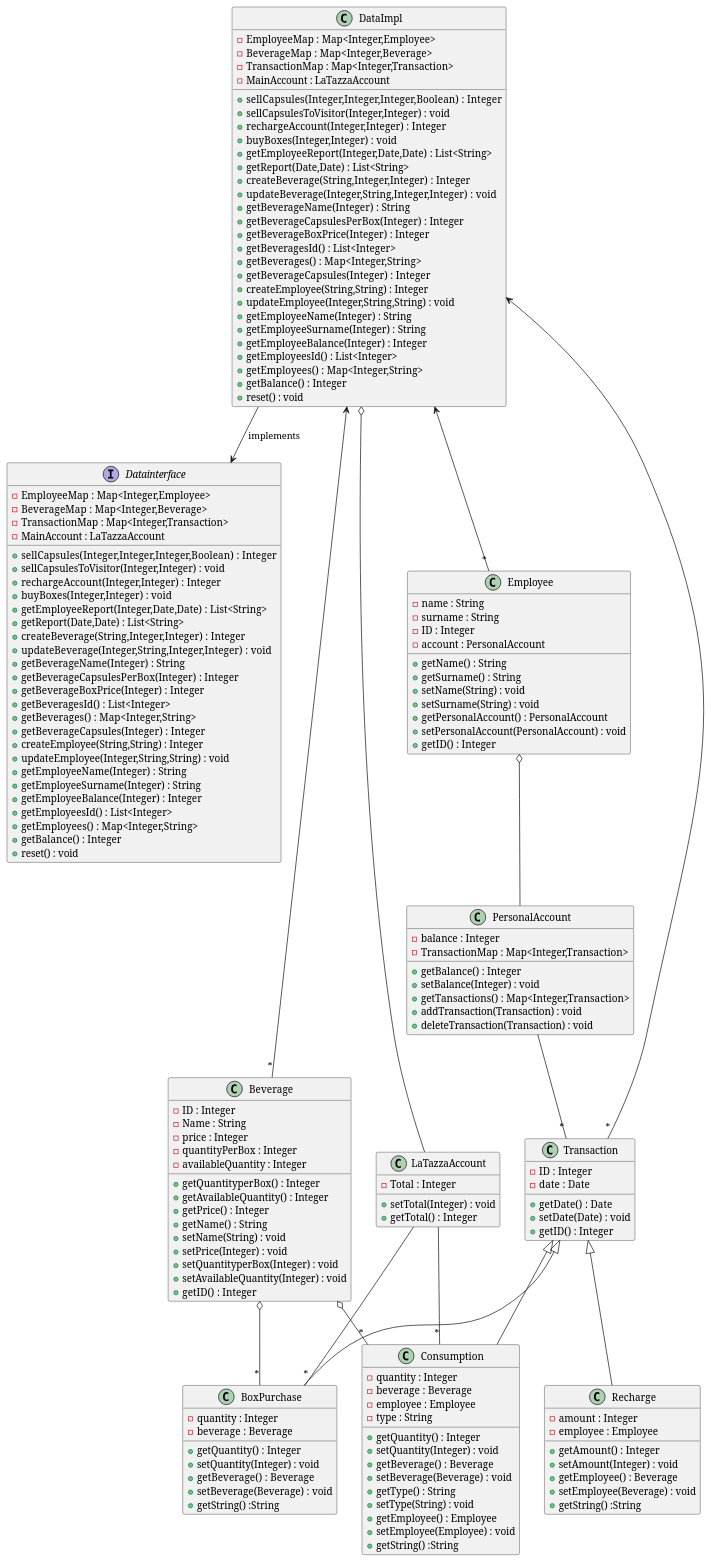
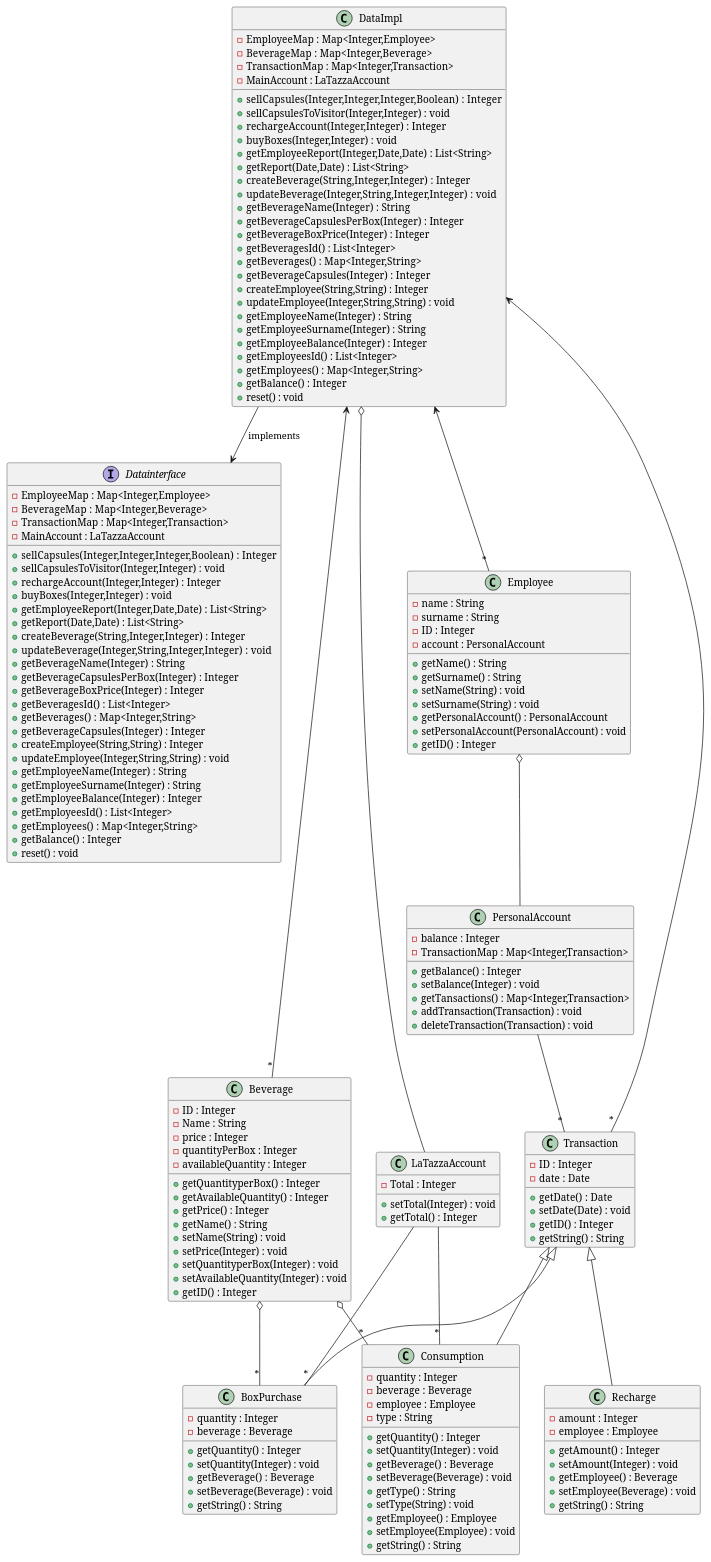
Before and after one commit to salvatore-dimartino/LaTazza: the third of 7 diagrams in templates/DesignDocumentTemplate.md, drawn with PlantUML.

```diff
--- a/templates/DesignDocumentTemplate.md
+++ b/templates/DesignDocumentTemplate.md
@@ -199,7 +199,7 @@
     +setQuantity(Integer) : void
     +getBeverage() : Beverage
     +setBeverage(Beverage) : void
-    +getString() :String
+    +getString() : String
 }
 
 class Transaction {
@@ -209,6 +209,7 @@
     +getDate() : Date
     +setDate(Date) : void
     +getID() : Integer
+    +getString() : String
 }
 
 DataImpl <-- "*" Employee
@@ -238,7 +239,7 @@
     +setAmount(Integer) : void
     +getEmployee() : Beverage
     +setEmployee(Beverage) : void
-    +getString() :String
+    +getString() : String
 }
 
 class Consumption {
@@ -255,7 +256,7 @@
     +setType(String) : void
     +getEmployee() : Employee
     +setEmployee(Employee) : void
-    +getString() :String
+    +getString() : String
 }
 
 
```
